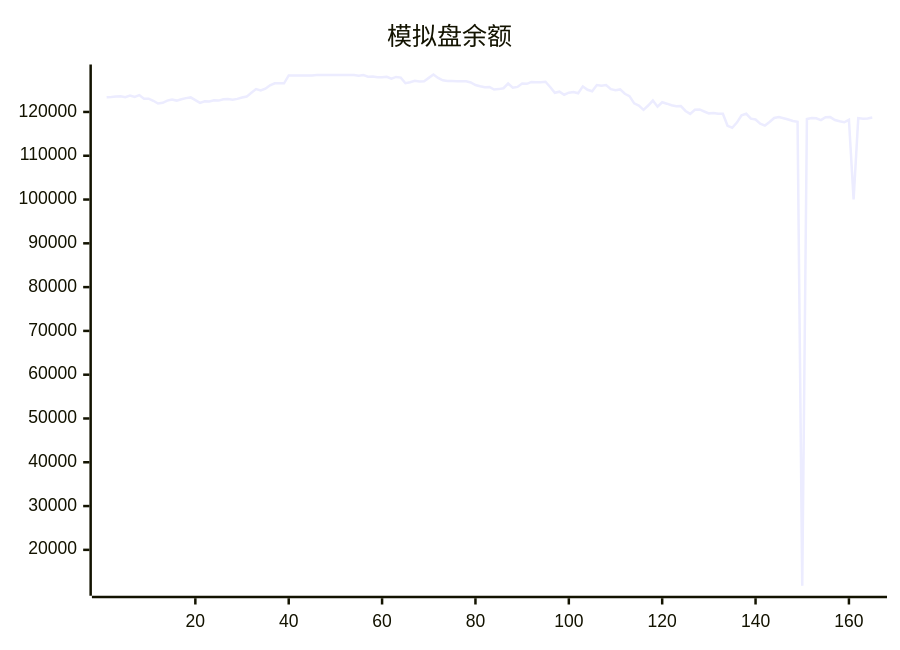
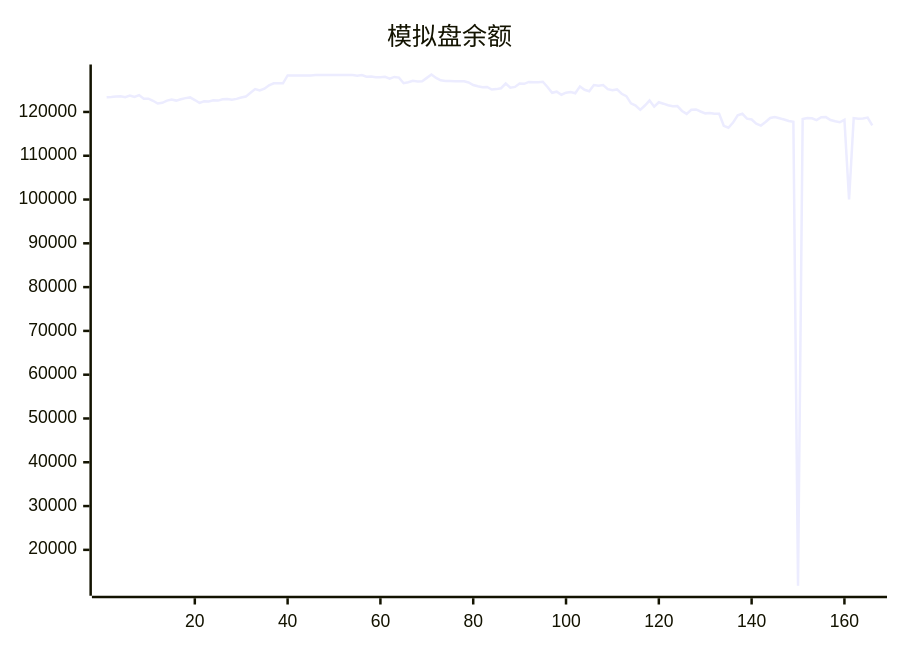
One commit to aahl/ai-trading changed the diagram in README.md. Above: the diagram before and after it, drawn with Mermaid. The commit also changed other lines of this file and 1 other file, not shown here.

````diff
--- a/README.md
+++ b/README.md
@@ -5,5 +5,5 @@
 ```mermaid
 xychart
     title "模拟盘余额"
-    line [123338,123402,123530,123592,123378,123745,123413,123853,123009,123040,122557,121938,122095,122599,122856,122597,122898,123160,123319,122719,122087,122454,122416,122685,122592,122907,122961,122776,122981,123295,123507,124403,125224,124894,125303,126088,126544,126534,126549,128335,128318,128318,128318,128318,128318,128424,128424,128424,128424,128424,128424,128424,128424,128424,128247,128412,128062,128087,127917,127901,128026,127611,128000,127850,126572,126770,127100,126971,127029,127783,128554,127765,127224,127064,127044,127009,127025,127004,126738,126152,125871,125635,125707,125117,125217,125420,126480,125545,125715,126511,126424,126856,126764,126788,126890,125710,124381,124632,123936,124402,124574,124256,125833,125070,124739,126154,125966,126145,125213,124943,125143,124157,123604,121959,121476,120476,121470,122610,121201,122221,121889,121522,121332,121344,120232,119559,120513,120577,120108,119680,119777,119572,119568,116839,116392,117573,119250,119585,118469,118277,117338,116897,117706,118628,118849,118579,118280,117926,117735,11802,118373,118639,118544,118136,118798,118819,118162,117874,117649,118215,100000,118601,118463,118517,118713]
+    line [123338,123402,123530,123592,123378,123745,123413,123853,123009,123040,122557,121938,122095,122599,122856,122597,122898,123160,123319,122719,122087,122454,122416,122685,122592,122907,122961,122776,122981,123295,123507,124403,125224,124894,125303,126088,126544,126534,126549,128335,128318,128318,128318,128318,128318,128424,128424,128424,128424,128424,128424,128424,128424,128424,128247,128412,128062,128087,127917,127901,128026,127611,128000,127850,126572,126770,127100,126971,127029,127783,128554,127765,127224,127064,127044,127009,127025,127004,126738,126152,125871,125635,125707,125117,125217,125420,126480,125545,125715,126511,126424,126856,126764,126788,126890,125710,124381,124632,123936,124402,124574,124256,125833,125070,124739,126154,125966,126145,125213,124943,125143,124157,123604,121959,121476,120476,121470,122610,121201,122221,121889,121522,121332,121344,120232,119559,120513,120577,120108,119680,119777,119572,119568,116839,116392,117573,119250,119585,118469,118277,117338,116897,117706,118628,118849,118579,118280,117926,117735,11802,118373,118639,118544,118136,118798,118819,118162,117874,117649,118215,100000,118601,118463,118517,118713,116911]
 ```
````
